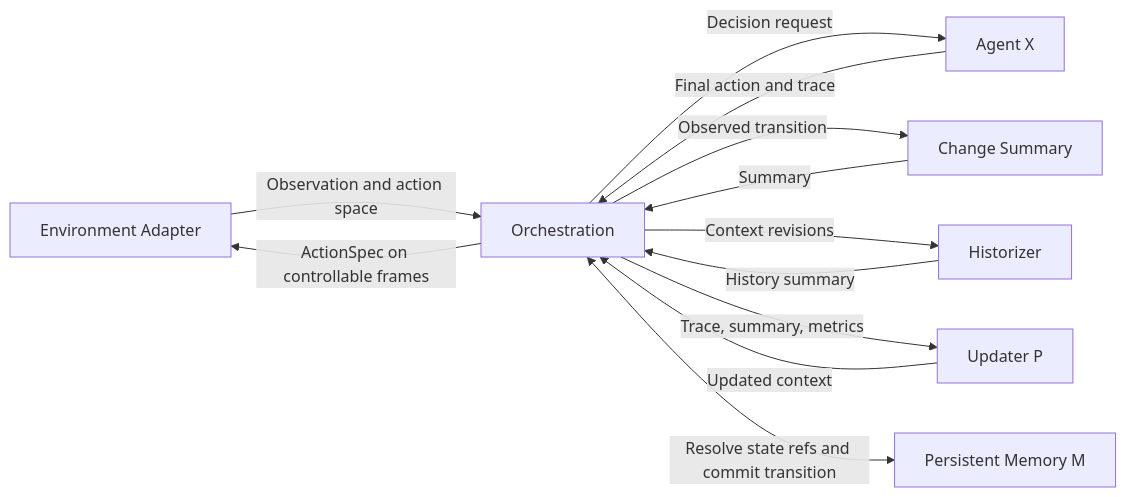
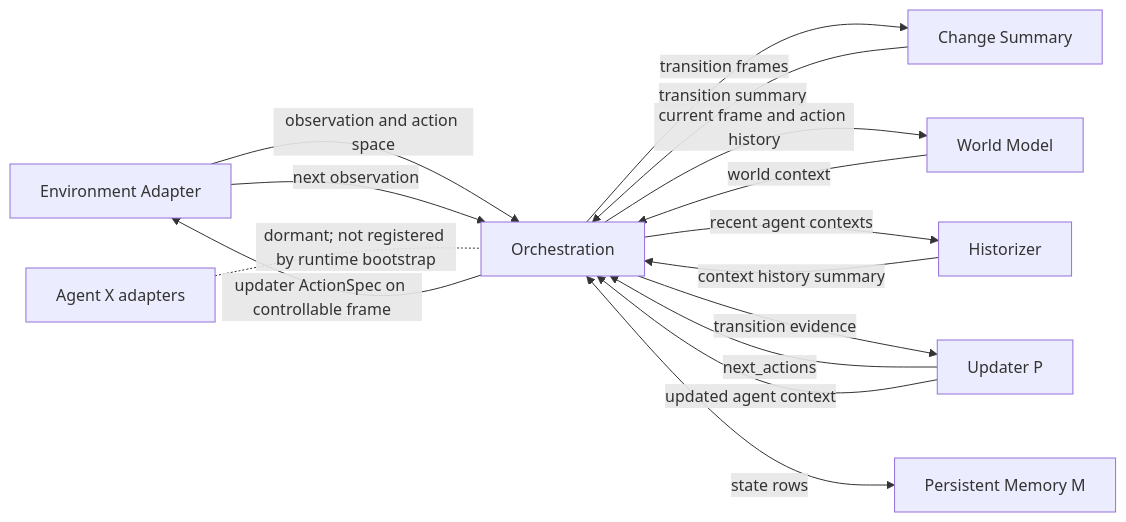
One commit to cocomette/artificial-agency changed the diagram in doc/architecture/software/orchestration/diagrams.md. Above: the diagram before and after it, drawn with Mermaid. The commit also changed other lines of this file and 263 other files, not shown here.

````diff
--- a/doc/architecture/software/orchestration/diagrams.md
+++ b/doc/architecture/software/orchestration/diagrams.md
@@ -5,14 +3,17 @@
 ```mermaid
 flowchart LR
-    Env["Environment Adapter"] -->|Observation and action space| Orch["Orchestration"]
-    Orch -->|Decision request| X["Agent X"]
-    X -->|Final action and trace| Orch
-    Orch -->|ActionSpec on controllable frames| Env
-    Orch -->|Observed transition| Change["Change Summary"]
-    Change -->|Summary| Orch
-    Orch -->|Context revisions| Hist["Historizer"]
-    Hist -->|History summary| Orch
-    Orch -->|Trace, summary, metrics| P["Updater P"]
-    P -->|Updated context| Orch
-    Orch <-->|Resolve state refs and commit transition| M["Persistent Memory M"]
+    Env["Environment Adapter"] -->|observation and action space| Orch["Orchestration"]
+    P["Updater P"] -->|next_actions| Orch
+    Orch -->|updater ActionSpec on controllable frame| Env
+    Env -->|next observation| Orch
+    Orch -->|transition frames| C["Change Summary"]
+    C -->|transition summary| Orch
+    Orch -->|current frame and action history| W["World Model"]
+    W -->|world context| Orch
+    Orch -->|recent agent contexts| H["Historizer"]
+    H -->|context history summary| Orch
+    Orch -->|transition evidence| P["Updater P"]
+    P -->|updated agent context| Orch
+    Orch <-->|state rows| M["Persistent Memory M"]
+    X["Agent X adapters"] -. dormant; not registered by runtime bootstrap .- Orch
 ```
````
